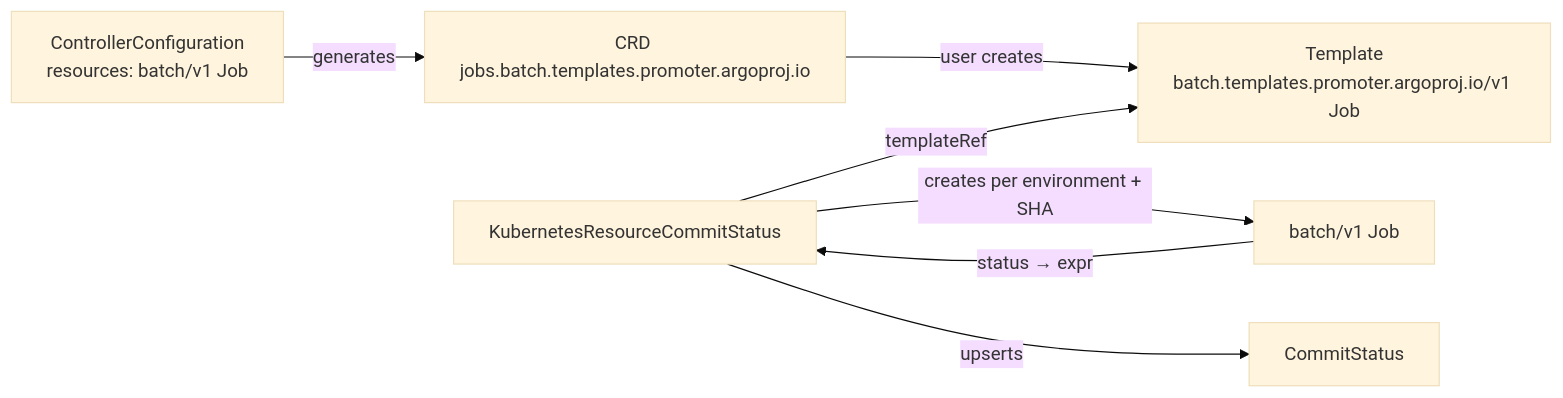
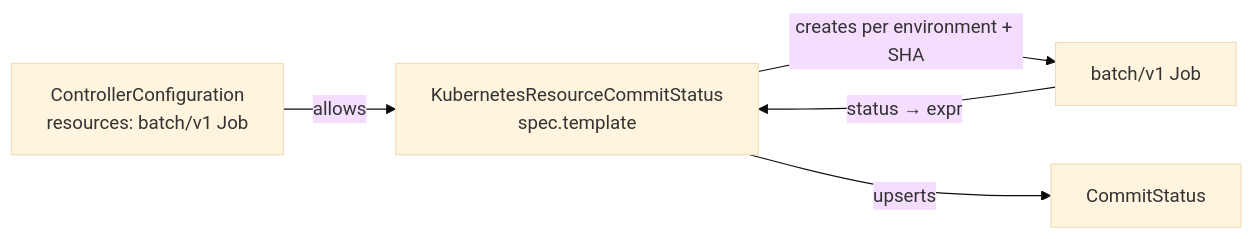
Before and after one commit to argoproj-labs/gitops-promoter: the diagram in docs/gating-promotions/built-in-gates/kubernetes-resource-commit-status.md, drawn with Mermaid (base theme). The commit also changed other lines of this file and 48 other files, not shown here.

First line of the commit message:
feat(krcs): inline template with ${ } expr expressions instead of wrapped CRDs and Go templates

````diff
--- a/docs/gating-promotions/built-in-gates/kubernetes-resource-commit-status.md
+++ b/docs/gating-promotions/built-in-gates/kubernetes-resource-commit-status.md
@@ -26,9 +20,7 @@
 ```mermaid
 flowchart LR
-  CC[ControllerConfiguration<br/>resources: batch/v1 Job] -->|generates| CRD[CRD jobs.batch.templates.promoter.argoproj.io]
-  CRD -->|user creates| T[Template<br/>batch.templates.promoter.argoproj.io/v1 Job]
-  G[KubernetesResourceCommitStatus] -->|templateRef| T
-  G -->|creates per environment + SHA| J[batch/v1 Job]
+  CC[ControllerConfiguration<br/>resources: batch/v1 Job] -->|allows| G
+  G[KubernetesResourceCommitStatus<br/>spec.template] -->|creates per environment + SHA| J[batch/v1 Job]
   J -->|status → expr| G
   G -->|upserts| CS[CommitStatus]
 ```
````
